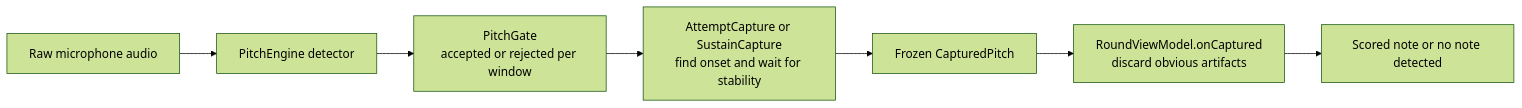
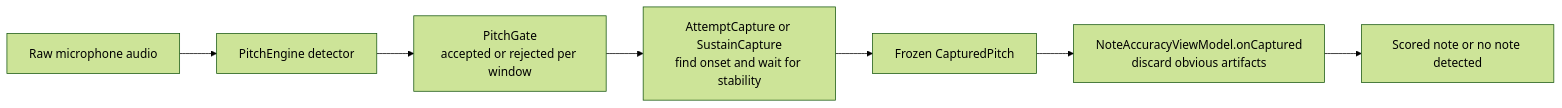
Before and after one commit to drake7707/double-bass-intonation-trainer: the diagram in docs/DETECTION.md, drawn with Mermaid (forest theme). The commit also changed other lines of this file and 19 other files, not shown here.

````diff
--- a/docs/DETECTION.md
+++ b/docs/DETECTION.md
@@ -50,9 +50,9 @@
 ```mermaid
 flowchart LR
    A[Raw microphone audio] --> B[PitchEngine detector]
    B --> C[PitchGate<br/>accepted or rejected per window]
    C --> D[AttemptCapture or SustainCapture<br/>find onset and wait for stability]
    D --> E[Frozen CapturedPitch]
-   E --> F[RoundViewModel.onCaptured<br/>discard obvious artifacts]
+   E --> F[NoteAccuracyViewModel.onCaptured<br/>discard obvious artifacts]
    F --> G[Scored note or no note detected]
 ```
````
